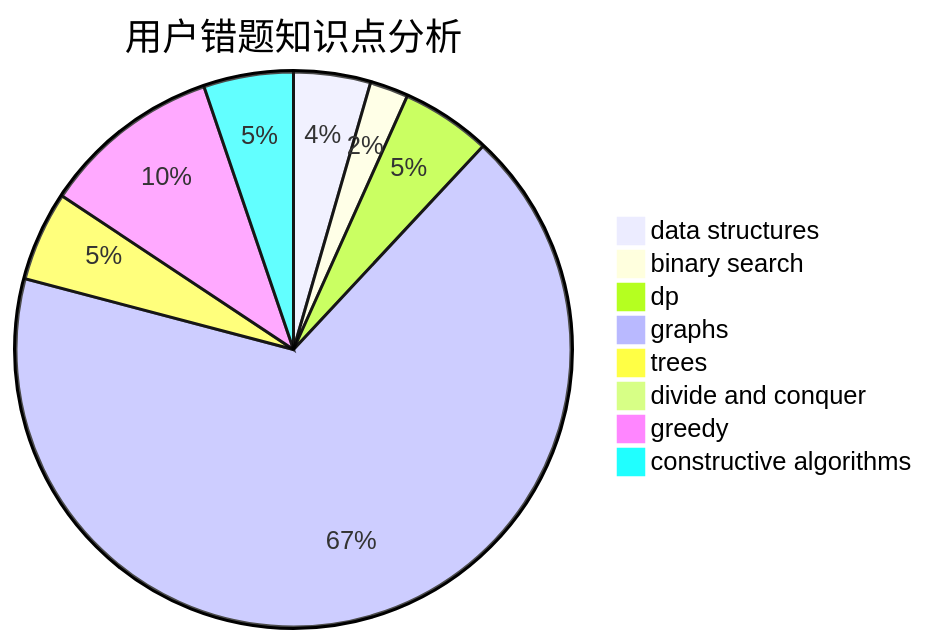
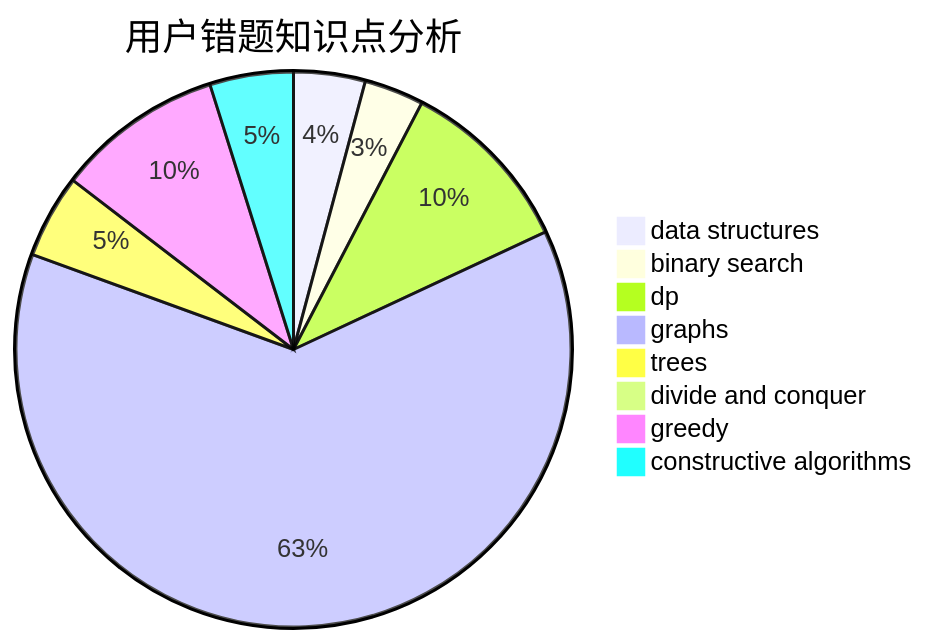
The third of 3 diagrams in docs/user/u928.md (sherpahu/cfrs.github.io), drawn with Mermaid before and after one commit. The commit also changed other lines of this file and 2770 other files, not shown here.

````diff
--- a/docs/user/u928.md
+++ b/docs/user/u928.md
@@ -36,11 +36,11 @@
 ```mermaid
 pie title 用户错题知识点分析
     "data structures" :  6
-    "binary search" :  3
-    "dp" :  7
+    "binary search" :  5
+    "dp" :  15
     "graphs" :  90
     "trees" :  7
     "divide and conquer" :  0
     "greedy" :  14
     "constructive algorithms" :  7
 ```
````
